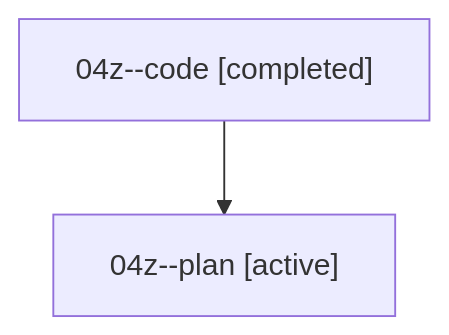
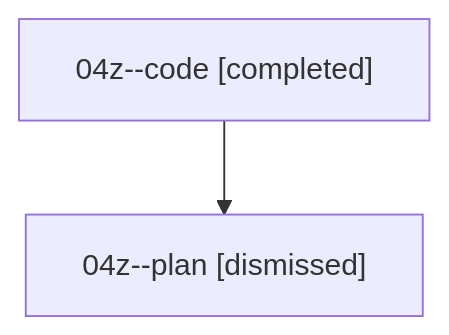
Before and after one commit to sase-org/sase--agents: the diagram in sessions/bbugyi200.athena.04z.md, drawn with Mermaid. The commit also changed other lines of this file and 18 other files, not shown here.

````diff
--- a/sessions/bbugyi200.athena.04z.md
+++ b/sessions/bbugyi200.athena.04z.md
@@ -9,6 +9,6 @@
 ```mermaid
 flowchart TD
   n0["04z--code [completed]"]
-  n1["04z--plan [active]"]
+  n1["04z--plan [dismissed]"]
   n0 --> n1
 ```
````
